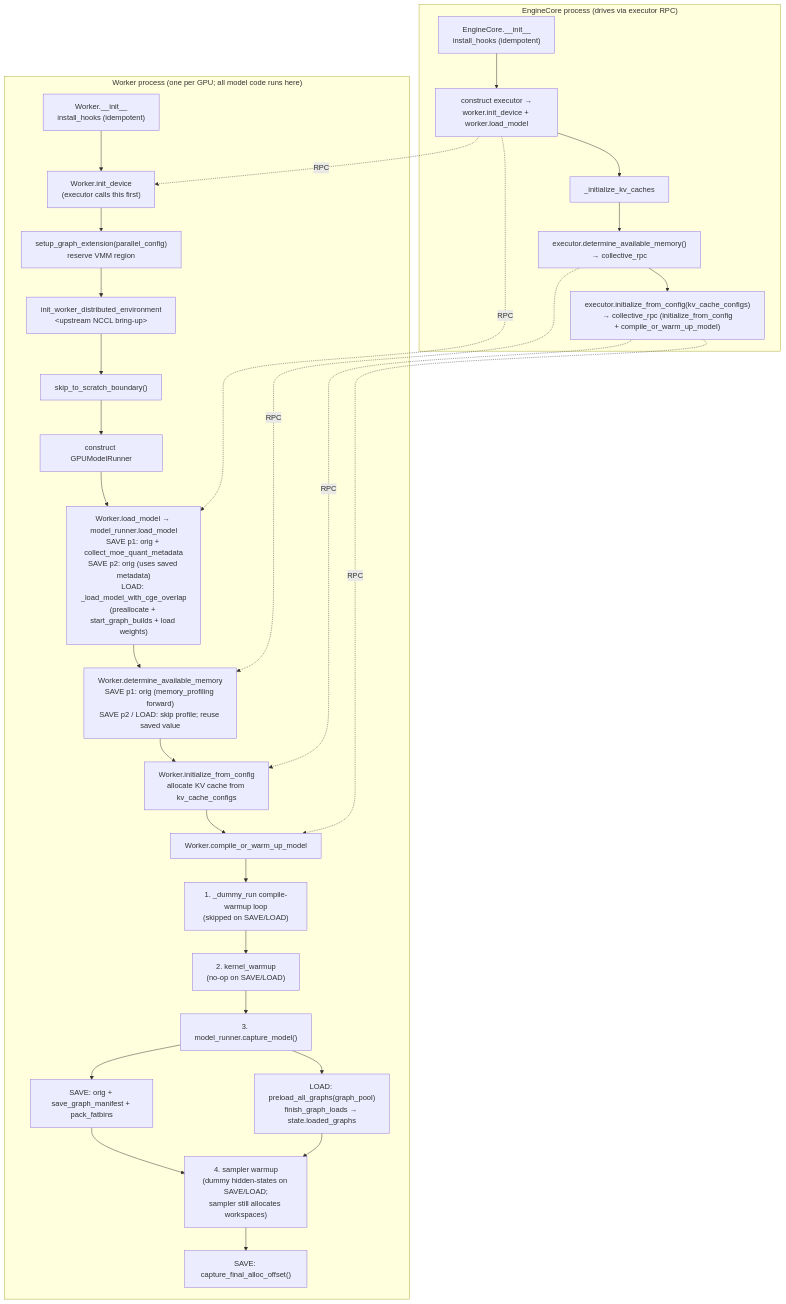
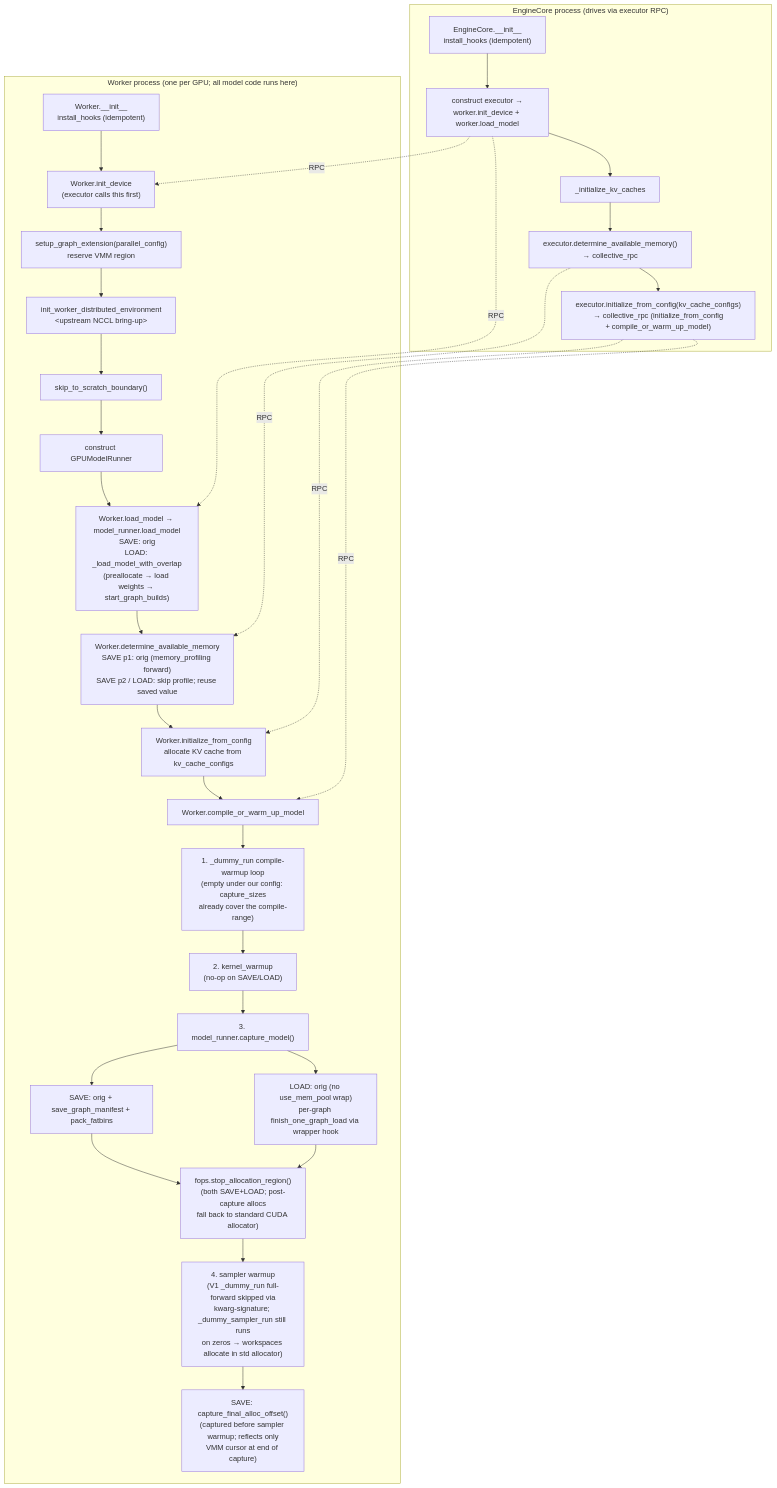
Before and after one commit to foundry-org/foundry: the diagram in docs/vllm/memory-lifecycle.md, drawn with Mermaid. The commit also changed other lines of this file and 70 other files, not shown here.

````diff
--- a/docs/vllm/memory-lifecycle.md
+++ b/docs/vllm/memory-lifecycle.md
@@ -43,49 +43,51 @@
 ```mermaid
 flowchart TD
     subgraph worker["Worker process (one per GPU; all model code runs here)"]
         WI["Worker.__init__<br/>install_hooks (idempotent)"]
         WD["Worker.init_device<br/>(executor calls this first)"]
         WDPRE["setup_graph_extension(parallel_config)<br/>reserve VMM region"]
         WDORIG["init_worker_distributed_environment<br/>&lt;upstream NCCL bring-up&gt;"]
         WDPOST["skip_to_scratch_boundary()"]
         WDRUNNER["construct GPUModelRunner"]
-        LM["Worker.load_model → model_runner.load_model<br/>SAVE p1: orig + collect_moe_quant_metadata<br/>SAVE p2: orig (uses saved metadata)<br/>LOAD: _load_model_with_cge_overlap<br/>(preallocate + start_graph_builds + load weights)"]
+        LM["Worker.load_model → model_runner.load_model<br/>SAVE: orig<br/>LOAD: _load_model_with_overlap<br/>(preallocate → load weights → start_graph_builds)"]
         DAM["Worker.determine_available_memory<br/>SAVE p1: orig (memory_profiling forward)<br/>SAVE p2 / LOAD: skip profile; reuse saved value"]
         IFC["Worker.initialize_from_config<br/>allocate KV cache from kv_cache_configs"]
         WC["Worker.compile_or_warm_up_model"]
-        WC_DUMMY["1. _dummy_run compile-warmup loop<br/>(skipped on SAVE/LOAD)"]
+        WC_DUMMY["1. _dummy_run compile-warmup loop<br/>(empty under our config: capture_sizes<br/>already cover the compile-range)"]
         WC_KW["2. kernel_warmup<br/>(no-op on SAVE/LOAD)"]
         WC_CM["3. model_runner.capture_model()"]
         CM_SAVE["SAVE: orig + save_graph_manifest + pack_fatbins"]
-        CM_LOAD["LOAD: preload_all_graphs(graph_pool)<br/>finish_graph_loads → state.loaded_graphs"]
-        WC_SAMPLER["4. sampler warmup<br/>(dummy hidden-states on SAVE/LOAD;<br/>sampler still allocates workspaces)"]
-        WC_FIN["SAVE: capture_final_alloc_offset()"]
+        CM_LOAD["LOAD: orig (no use_mem_pool wrap)<br/>per-graph finish_one_graph_load via wrapper hook"]
+        CM_STOP["fops.stop_allocation_region()<br/>(both SAVE+LOAD; post-capture allocs<br/>fall back to standard CUDA allocator)"]
+        WC_SAMPLER["4. sampler warmup<br/>(V1 _dummy_run full-forward skipped via<br/>kwarg-signature; _dummy_sampler_run still runs<br/>on zeros → workspaces allocate in std allocator)"]
+        WC_FIN["SAVE: capture_final_alloc_offset()<br/>(captured before sampler warmup; reflects only<br/>VMM cursor at end of capture)"]
     end
 
     subgraph engine["EngineCore process (drives via executor RPC)"]
         EI["EngineCore.__init__<br/>install_hooks (idempotent)"]
         EX_CTOR["construct executor →<br/>worker.init_device + worker.load_model"]
         EKV["_initialize_kv_caches"]
         EKV_DAM["executor.determine_available_memory()<br/>→ collective_rpc"]
         EKV_IFC["executor.initialize_from_config(kv_cache_configs)<br/>→ collective_rpc (initialize_from_config<br/>+ compile_or_warm_up_model)"]
     end
 
     WI --> WD
     WD --> WDPRE --> WDORIG --> WDPOST --> WDRUNNER --> LM
     LM --> DAM --> IFC --> WC
     WC --> WC_DUMMY --> WC_KW --> WC_CM
     WC_CM --> CM_SAVE
     WC_CM --> CM_LOAD
-    CM_SAVE --> WC_SAMPLER
-    CM_LOAD --> WC_SAMPLER
+    CM_SAVE --> CM_STOP
+    CM_LOAD --> CM_STOP
+    CM_STOP --> WC_SAMPLER
     WC_SAMPLER --> WC_FIN
 
     EI --> EX_CTOR --> EKV
     EKV --> EKV_DAM --> EKV_IFC
 
     EX_CTOR -. "RPC" .-> WD
     EX_CTOR -. "RPC" .-> LM
     EKV_DAM -. "RPC" .-> DAM
     EKV_IFC -. "RPC" .-> IFC
     EKV_IFC -. "RPC" .-> WC
 ```
````
